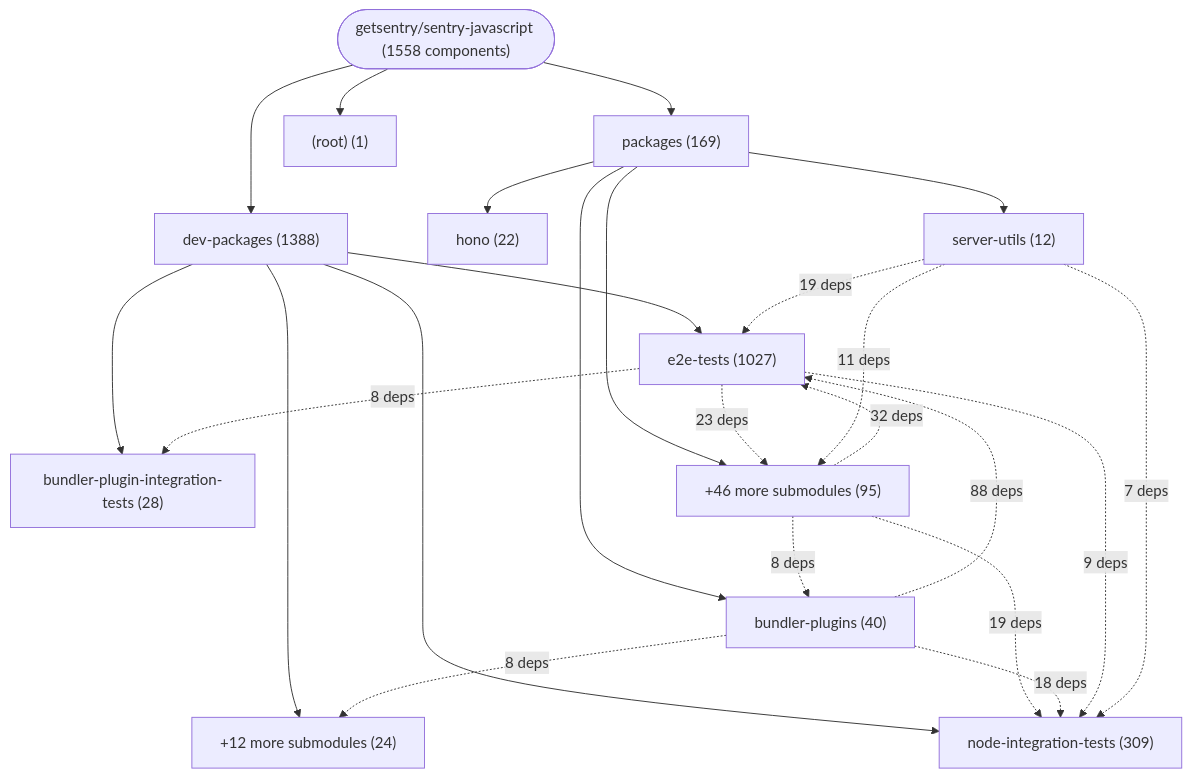
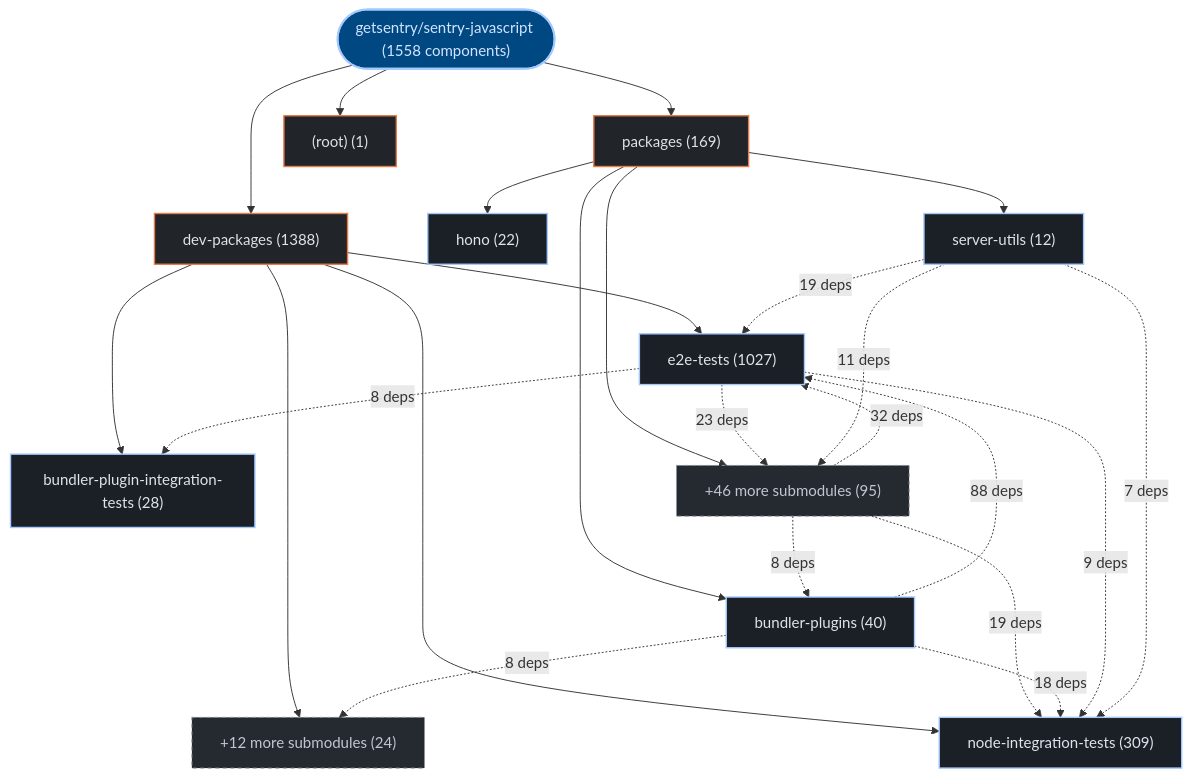
The first of 3 diagrams in exports/latest/reports/getsentry-sentry-javascript-report.md (kumarshaz/atruss-code-atlas), drawn with Mermaid before and after one commit. The commit also changed other lines of this file and 331 other files, not shown here.

Commit message:
docs,ui,fix: update SDLC docs, reorder CI/CD DAG first, stylize Mermaid, and fix Arc42 pipeline topology

````diff
--- a/exports/latest/reports/getsentry-sentry-javascript-report.md
+++ b/exports/latest/reports/getsentry-sentry-javascript-report.md
@@ -42,38 +42,45 @@
 ```mermaid
 graph TD;
-    repo_root(["getsentry/sentry-javascript (1558 components)"])
-    dir_0_dev_packages["dev-packages (1388)"]
+  classDef atlasRoot fill:#004882,stroke:#a3c9ff,stroke-width:2px,color:#d3e4ff
+  classDef atlasCategory fill:#212428,stroke:#E87A48,stroke-width:1.5px,color:#dfe3eb
+  classDef atlasWorkflow fill:#1b2026,stroke:#a3c9ff,stroke-width:1.5px,color:#dfe3eb
+  classDef atlasJob fill:#171c22,stroke:#8d9199,stroke-width:1px,color:#dfe3eb
+  classDef atlasTarget fill:#005227,stroke:#8bd99b,stroke-width:1.5px,color:#a7f6b6
+  classDef atlasAlert fill:#93000a,stroke:#ffb4ab,stroke-width:1.5px,color:#ffdad6
+  classDef atlasMore fill:#252a31,stroke:#8d9199,stroke-dasharray:4 4,color:#c3c6cf
+    repo_root(["getsentry/sentry-javascript (1558 components)"]):::atlasRoot
+    dir_0_dev_packages["dev-packages (1388)"]:::atlasCategory
     repo_root --> dir_0_dev_packages
-    sub_0_0_e2e_tests["e2e-tests (1027)"]
+    sub_0_0_e2e_tests["e2e-tests (1027)"]:::atlasWorkflow
     dir_0_dev_packages --> sub_0_0_e2e_tests
-    sub_0_1_node_integration_tests["node-integration-tests (309)"]
+    sub_0_1_node_integration_tests["node-integration-tests (309)"]:::atlasWorkflow
     dir_0_dev_packages --> sub_0_1_node_integration_tests
-    sub_0_2_bundler_plugin_integration_tests["bundler-plugin-integration-tests (28)"]
+    sub_0_2_bundler_plugin_integration_tests["bundler-plugin-integration-tests (28)"]:::atlasWorkflow
     dir_0_dev_packages --> sub_0_2_bundler_plugin_integration_tests
-    sub_0_more["+12 more submodules (24)"]
+    sub_0_more["+12 more submodules (24)"]:::atlasMore
     dir_0_dev_packages --> sub_0_more
-    dir_1_packages["packages (169)"]
+    dir_1_packages["packages (169)"]:::atlasCategory
     repo_root --> dir_1_packages
-    sub_1_0_bundler_plugins["bundler-plugins (40)"]
+    sub_1_0_bundler_plugins["bundler-plugins (40)"]:::atlasWorkflow
     dir_1_packages --> sub_1_0_bundler_plugins
-    sub_1_1_hono["hono (22)"]
+    sub_1_1_hono["hono (22)"]:::atlasWorkflow
     dir_1_packages --> sub_1_1_hono
-    sub_1_2_server_utils["server-utils (12)"]
+    sub_1_2_server_utils["server-utils (12)"]:::atlasWorkflow
     dir_1_packages --> sub_1_2_server_utils
-    sub_1_more["+46 more submodules (95)"]
+    sub_1_more["+46 more submodules (95)"]:::atlasMore
     dir_1_packages --> sub_1_more
-    dir_2__root_["(root) (1)"]
+    dir_2__root_["(root) (1)"]:::atlasCategory
     repo_root --> dir_2__root_
     sub_1_0_bundler_plugins -.->|"88 deps"| sub_0_0_e2e_tests
     sub_1_more -.->|"32 deps"| sub_0_0_e2e_tests
     sub_0_0_e2e_tests -.->|"23 deps"| sub_1_more
     sub_1_2_server_utils -.->|"19 deps"| sub_0_0_e2e_tests
     sub_1_more -.->|"19 deps"| sub_0_1_node_integration_tests
     sub_1_0_bundler_plugins -.->|"18 deps"| sub_0_1_node_integration_tests
     sub_1_2_server_utils -.->|"11 deps"| sub_1_more
     sub_0_0_e2e_tests -.->|"9 deps"| sub_0_1_node_integration_tests
     sub_0_0_e2e_tests -.->|"8 deps"| sub_0_2_bundler_plugin_integration_tests
     sub_1_0_bundler_plugins -.->|"8 deps"| sub_0_more
     sub_1_more -.->|"8 deps"| sub_1_0_bundler_plugins
     sub_1_2_server_utils -.->|"7 deps"| sub_0_1_node_integration_tests
 ```
````
